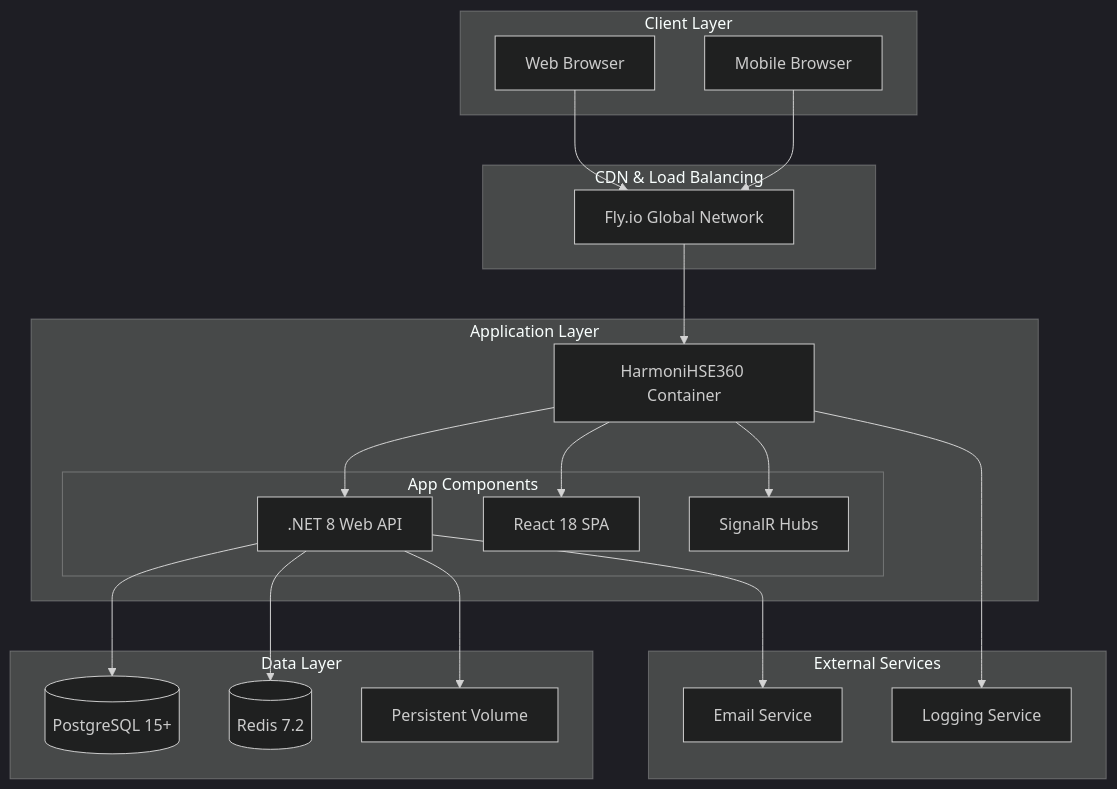
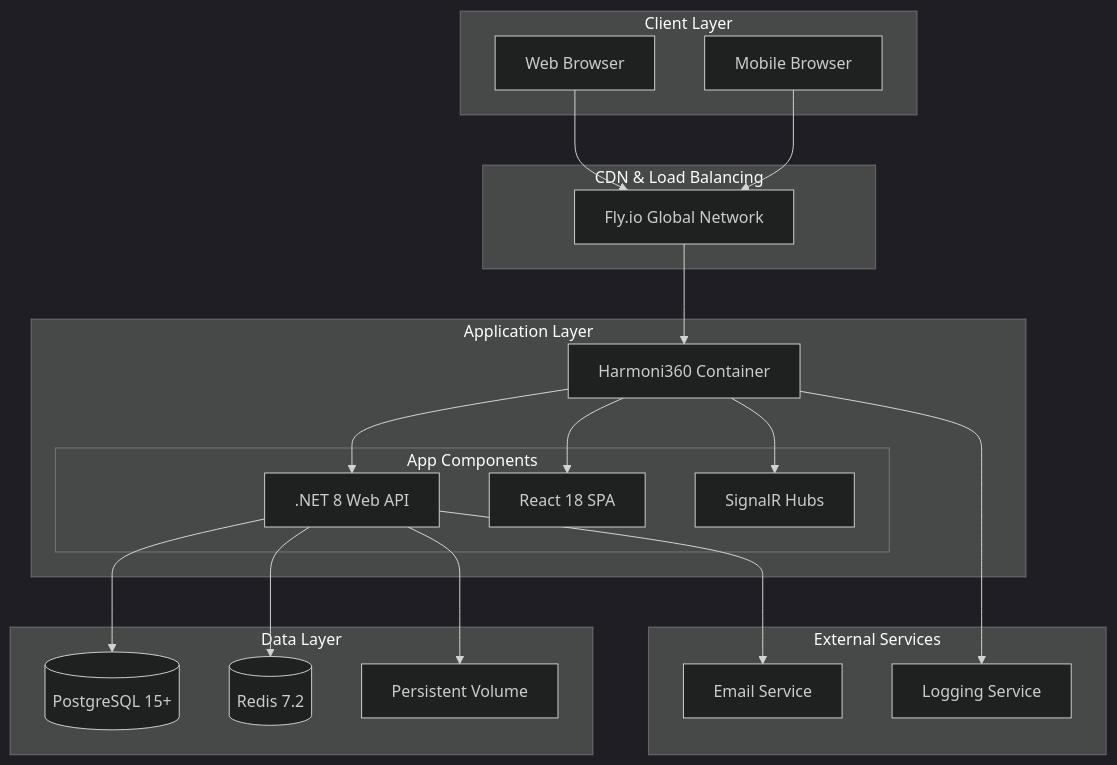
Before and after one commit to risky-biz/harmoni-hse-360: the first of 2 diagrams in docs/Deployment/Infrastructure_Overview.md, drawn with Mermaid (dark theme). The commit also changed other lines of this file and 842 other files, not shown here.

````diff
--- a/docs/Deployment/Infrastructure_Overview.md
+++ b/docs/Deployment/Infrastructure_Overview.md
@@ -11,43 +11,43 @@
 ```mermaid
 graph TB
     subgraph "Client Layer"
         WEB[Web Browser]
         MOB[Mobile Browser]
     end
     
     subgraph "CDN & Load Balancing"
         FLY[Fly.io Global Network]
     end
     
     subgraph "Application Layer"
-        APP[HarmoniHSE360 Container]
+        APP[Harmoni360 Container]
         subgraph "App Components"
             API[.NET 8 Web API]
             SPA[React 18 SPA]
             HUB[SignalR Hubs]
         end
     end
     
     subgraph "Data Layer"
         DB[(PostgreSQL 15+)]
         CACHE[(Redis 7.2)]
         FILES[Persistent Volume]
     end
     
     subgraph "External Services"
         SMTP[Email Service]
         LOGS[Logging Service]
     end
     
     WEB --> FLY
     MOB --> FLY
     FLY --> APP
     APP --> API
     APP --> SPA
     APP --> HUB
     API --> DB
     API --> CACHE
     API --> FILES
     API --> SMTP
     APP --> LOGS
 ```
````
